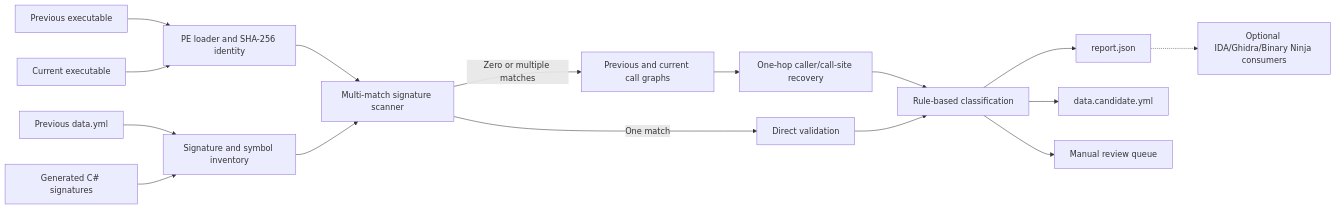
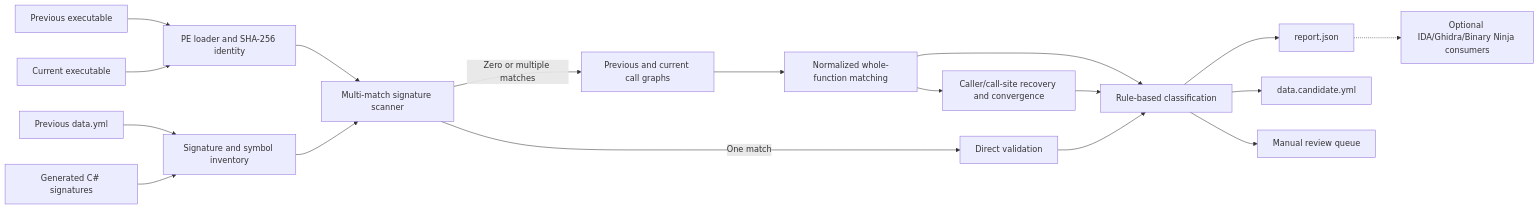
The first of 2 diagrams in docs/superpowers/specs/2026-07-27-patch-revalidation-design.md (lokinmodar/FFXIVClientStructs), drawn with Mermaid before and after one commit. The commit also changed other lines of this file and 1 other file, not shown here.

````diff
--- a/docs/superpowers/specs/2026-07-27-patch-revalidation-design.md
+++ b/docs/superpowers/specs/2026-07-27-patch-revalidation-design.md
@@ -179,23 +221,25 @@
 ```mermaid
 flowchart LR
     A["Previous executable"] --> L["PE loader and SHA-256 identity"]
     B["Current executable"] --> L
     C["Previous data.yml"] --> I["Signature and symbol inventory"]
     D["Generated C# signatures"] --> I
 
     L --> S["Multi-match signature scanner"]
     I --> S
 
     S -->|"One match"| V["Direct validation"]
     S -->|"Zero or multiple matches"| G["Previous and current call graphs"]
 
-    G --> R["One-hop caller/call-site recovery"]
+    G --> F["Normalized whole-function matching"]
+    F --> R["Caller/call-site recovery and convergence"]
+    F --> Q["Rule-based classification"]
     R --> Q["Rule-based classification"]
     V --> Q
 
     Q --> J["report.json"]
     Q --> Y["data.candidate.yml"]
     Q --> M["Manual review queue"]
 
     J -.-> T["Optional IDA/Ghidra/Binary Ninja consumers"]
 ```
````
